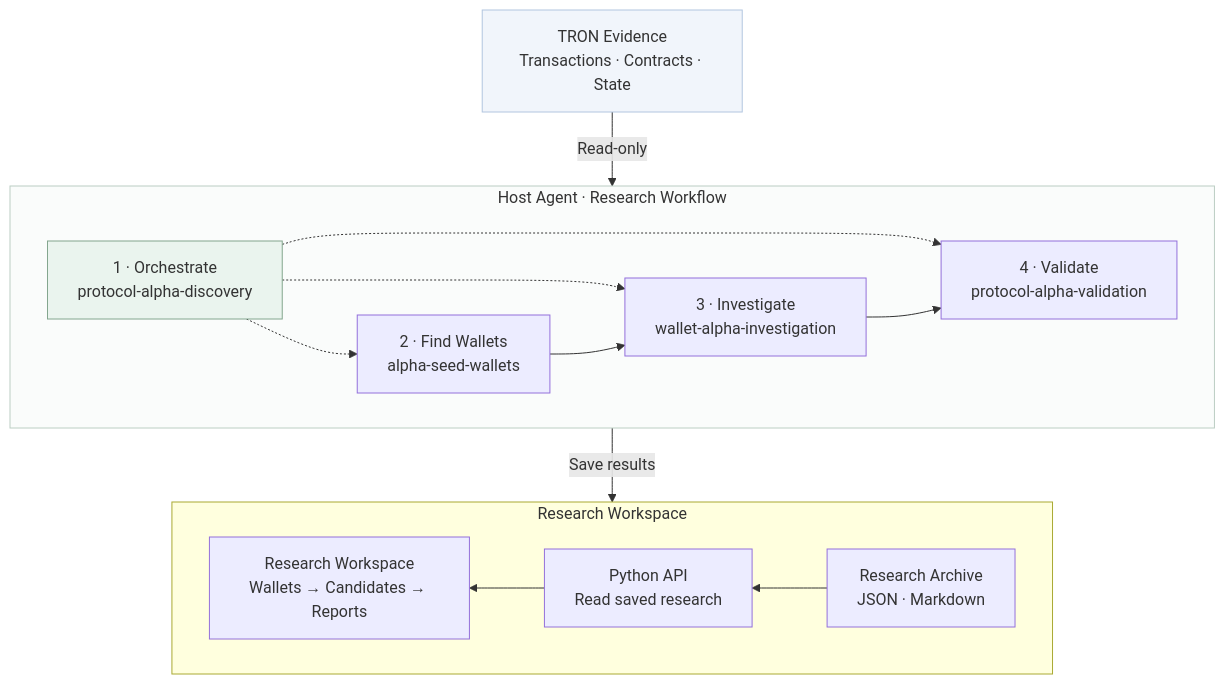
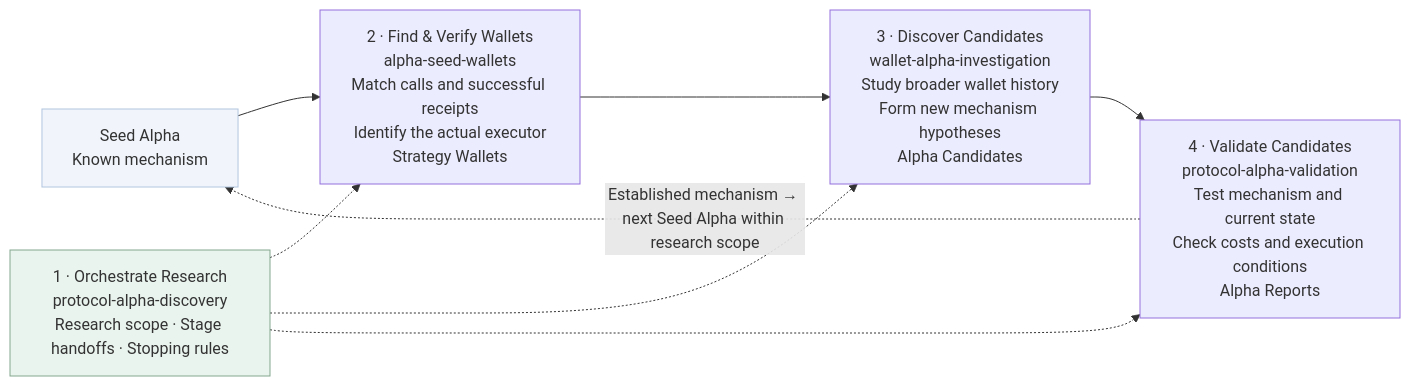
One commit to qinyh10300/protocol-alpha-finder changed the diagram in docs/diagrams/system-architecture-en.mmd. Above: the diagram before and after it, drawn with Mermaid. The commit also changed 8 other files, not shown here.

Commit message:
docs: focus architecture on Seed Alpha research method

```diff
--- a/docs/diagrams/system-architecture-en.mmd
+++ b/docs/diagrams/system-architecture-en.mmd
@@ -1,21 +1,14 @@
-%% Simplified architecture. The README illustration uses render_architecture.py for a fixed layout.
-flowchart TB
-    subgraph APPLICATION["Research Workspace"]
-        direction RL
-        STORE["Research Archive<br/>JSON · Markdown"] --> API["Python API<br/>Read saved research"] --> UI["Research Workspace<br/>Wallets → Candidates → Reports"]
-    end
-    subgraph AGENT["Host Agent · Research Workflow"]
-        ORCH["1 · Orchestrate<br/>protocol-alpha-discovery"]
-        FIND["2 · Find Wallets<br/>alpha-seed-wallets"]
-        INVESTIGATE["3 · Investigate<br/>wallet-alpha-investigation"]
-        VALIDATE["4 · Validate<br/>protocol-alpha-validation"]
-        ORCH -.-> FIND
-        ORCH -.-> INVESTIGATE
-        ORCH -.-> VALIDATE
-        FIND --> INVESTIGATE --> VALIDATE
-    end
-    AGENT -->|Save results| STORE
-    EVIDENCE["TRON Evidence<br/>Transactions · Contracts · State"] -->|Read-only| AGENT
-    style AGENT fill:#fafcfb,stroke:#bbcec3
+%% Four-Skill method. render_architecture.py generates the fixed-layout README illustration.
+flowchart LR
+    SEED["Seed Alpha<br/>Known mechanism"]
+    ORCH["1 · Orchestrate Research<br/>protocol-alpha-discovery<br/>Research scope · Stage handoffs · Stopping rules"]
+    FIND["2 · Find & Verify Wallets<br/>alpha-seed-wallets<br/>Match calls and successful receipts<br/>Identify the actual executor<br/>Strategy Wallets"]
+    INVESTIGATE["3 · Discover Candidates<br/>wallet-alpha-investigation<br/>Study broader wallet history<br/>Form new mechanism hypotheses<br/>Alpha Candidates"]
+    VALIDATE["4 · Validate Candidates<br/>protocol-alpha-validation<br/>Test mechanism and current state<br/>Check costs and execution conditions<br/>Alpha Reports"]
+    SEED --> FIND --> INVESTIGATE --> VALIDATE
+    ORCH -.-> FIND
+    ORCH -.-> INVESTIGATE
+    ORCH -.-> VALIDATE
+    VALIDATE -.->|Established mechanism → next Seed Alpha within research scope| SEED
     style ORCH fill:#eaf4ee,stroke:#83a68e
-    style EVIDENCE fill:#f1f5fb,stroke:#b2c5df
+    style SEED fill:#f1f5fb,stroke:#b2c5df
```
